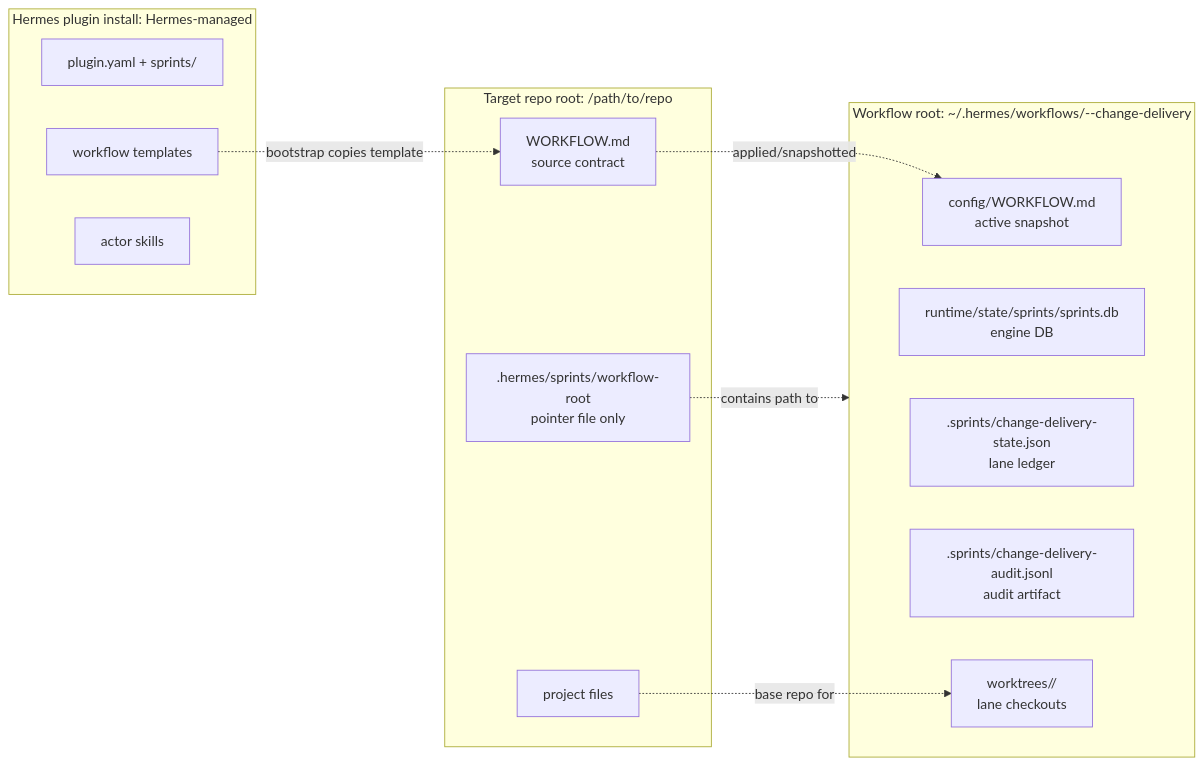
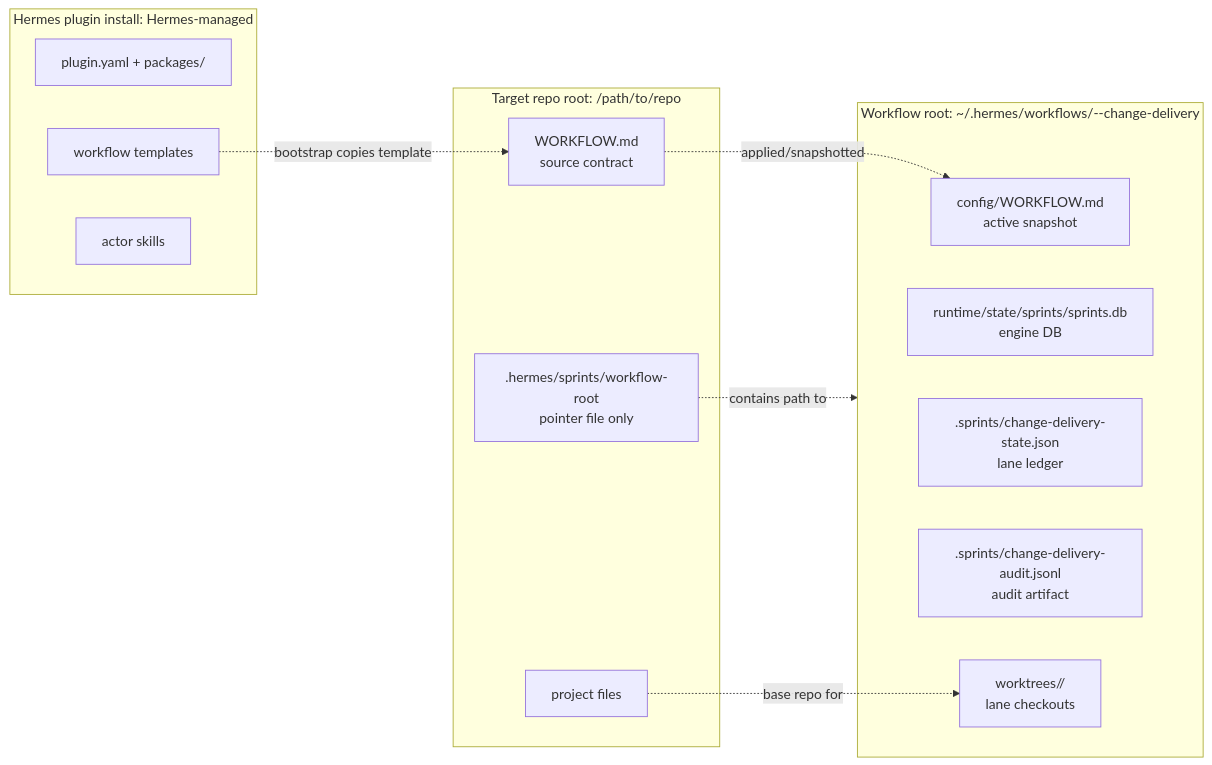
Before and after one commit to moustafattia/daedalus: the second of 8 diagrams in docs/architecture.md, drawn with Mermaid. The commit also changed other lines of this file and 195 other files, not shown here.

````diff
--- a/docs/architecture.md
+++ b/docs/architecture.md
@@ -101,27 +99,27 @@
 ```mermaid
 flowchart LR
     subgraph Repo["Target repo root: /path/to/repo"]
         RepoFiles["project files"]
         RepoContract["WORKFLOW.md<br/>source contract"]
         RepoPointer[".hermes/sprints/workflow-root<br/>pointer file only"]
     end
 
     subgraph Plugin["Hermes plugin install: Hermes-managed"]
-        PluginPkg["plugin.yaml + sprints/"]
+        PluginPkg["plugin.yaml + packages/"]
         PluginTemplates["workflow templates"]
         PluginSkills["actor skills"]
     end
 
     subgraph Root["Workflow root: ~/.hermes/workflows/<owner>-<repo>-change-delivery"]
         ActiveContract["config/WORKFLOW.md<br/>active snapshot"]
         EngineDb["runtime/state/sprints/sprints.db<br/>engine DB"]
         LaneLedger[".sprints/change-delivery-state.json<br/>lane ledger"]
         Audit[".sprints/change-delivery-audit.jsonl<br/>audit artifact"]
         LaneWorktrees["worktrees/<lane-id>/<br/>lane checkouts"]
     end
 
     PluginTemplates -. "bootstrap copies template" .-> RepoContract
     RepoContract -. "applied/snapshotted" .-> ActiveContract
     RepoPointer -. "contains path to" .-> Root
     RepoFiles -. "base repo for" .-> LaneWorktrees
 ```
````
